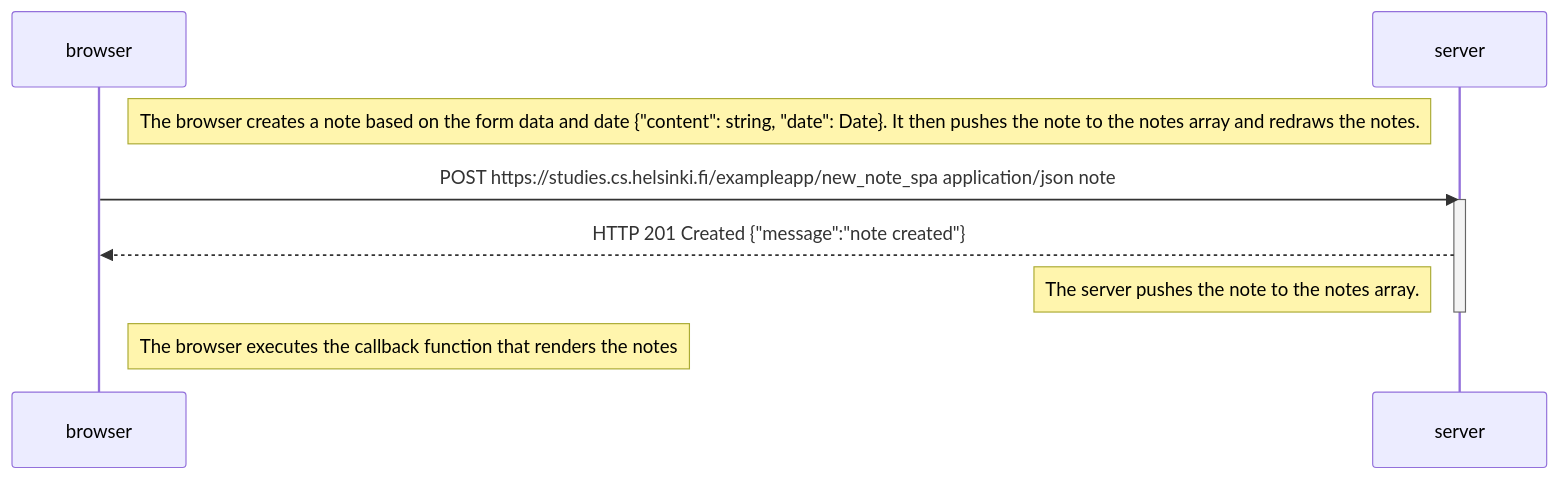
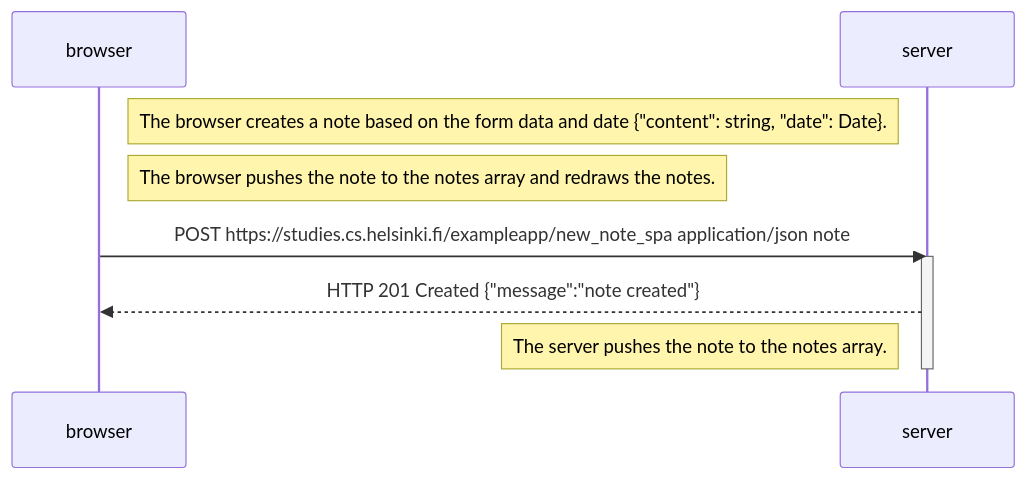
One commit to nilskrannig/OpenUni_FSWD_Part0 changed the diagram in Part0_SinglePageAppDiagram.md. Above: the diagram before and after it, drawn with Mermaid.

Commit message:
Part0: update Single Page App Diagram

````diff
--- a/Part0_SinglePageAppDiagram.md
+++ b/Part0_SinglePageAppDiagram.md
@@ -1,15 +1,14 @@
 ```mermaid
 sequenceDiagram
     participant browser
     participant server
 
-    Note right of browser: The browser creates a note based on the form data and date {"content": string, "date": Date}. It then pushes the note to the notes array and redraws the notes.
+    Note right of browser: The browser creates a note based on the form data and date {"content": string, "date": Date}. 
+    Note right of browser: The browser pushes the note to the notes array and redraws the notes.
 
     browser->>server: POST https://studies.cs.helsinki.fi/exampleapp/new_note_spa application/json note
     activate server
     server-->>browser: HTTP 201 Created {"message":"note created"}
     Note left of server: The server pushes the note to the notes array.
     deactivate server
-
-    Note right of browser: The browser executes the callback function that renders the notes
 ```
````
